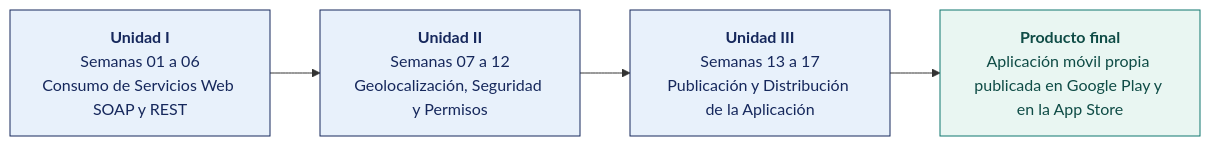
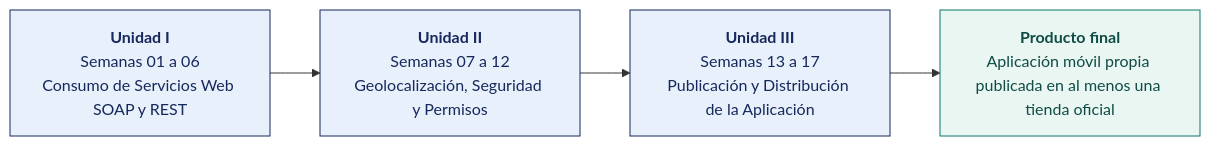
The diagram in README.md (OscarJimenezFlores/MOVILES_II), drawn with Mermaid before and after one commit. The commit also changed other lines of this file and 45 other files, not shown here.

````diff
--- a/README.md
+++ b/README.md
@@ -74,14 +75,14 @@
 ```mermaid
 flowchart LR
     U1["<b>Unidad I</b><br/>Semanas 01 a 06<br/>Consumo de Servicios Web SOAP y REST"]
     U2["<b>Unidad II</b><br/>Semanas 07 a 12<br/>Geolocalización, Seguridad y Permisos"]
     U3["<b>Unidad III</b><br/>Semanas 13 a 17<br/>Publicación y Distribución de la Aplicación"]
-    PF["<b>Producto final</b><br/>Aplicación móvil propia publicada en Google Play y en la App Store"]
+    PF["<b>Producto final</b><br/>Aplicación móvil propia publicada en al menos una tienda oficial"]
     U1 --> U2
     U2 --> U3
     U3 --> PF
     classDef u fill:#E8F1FB,stroke:#16285C,stroke-width:1px,color:#16285C;
     classDef p fill:#E9F6F2,stroke:#0F766E,stroke-width:1px,color:#0F4C46;
     class U1,U2,U3 u;
     class PF p;
 ```
````
